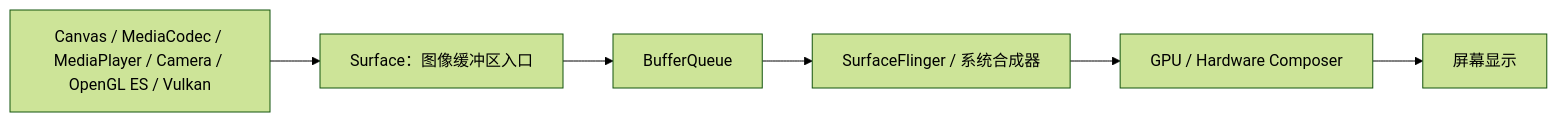
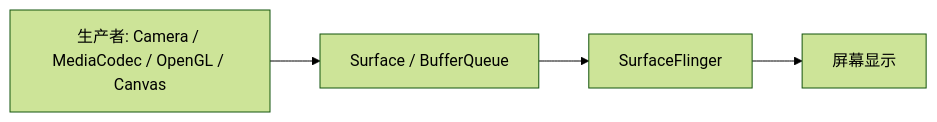
The first of 5 diagrams in 绘制相关/SurfaceView和TextureView使用.md (junyingzhao001/StudyNotes), drawn with Mermaid (forest theme) before and after one commit. The commit also changed other lines of this file and 15 other files, not shown here.

````diff
--- a/绘制相关/SurfaceView和TextureView使用.md
+++ b/绘制相关/SurfaceView和TextureView使用.md
@@ -127,8 +127,6 @@
 ```mermaid
 flowchart LR
-  A["Canvas / MediaCodec / MediaPlayer / Camera / OpenGL ES / Vulkan"] --> B["Surface：图像缓冲区入口"]
-  B --> C["BufferQueue"]
-  C --> D["SurfaceFlinger / 系统合成器"]
-  D --> E["GPU / Hardware Composer"]
-  E --> F["屏幕显示"]
+    A["生产者: Camera / MediaCodec / OpenGL / Canvas"] --> B["Surface / BufferQueue"]
+    B --> C["SurfaceFlinger"]
+    C --> D["屏幕显示"]
 ```
````
